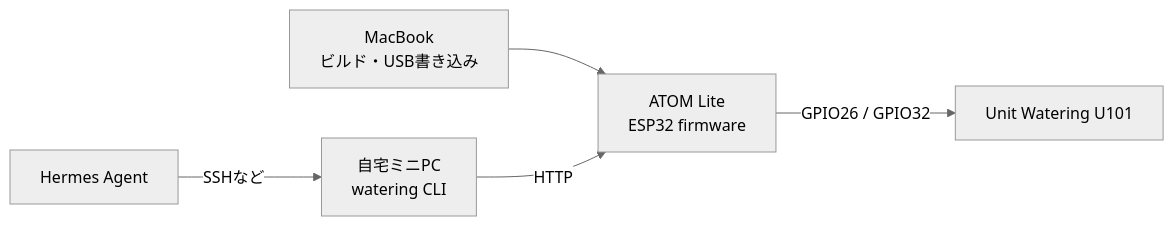
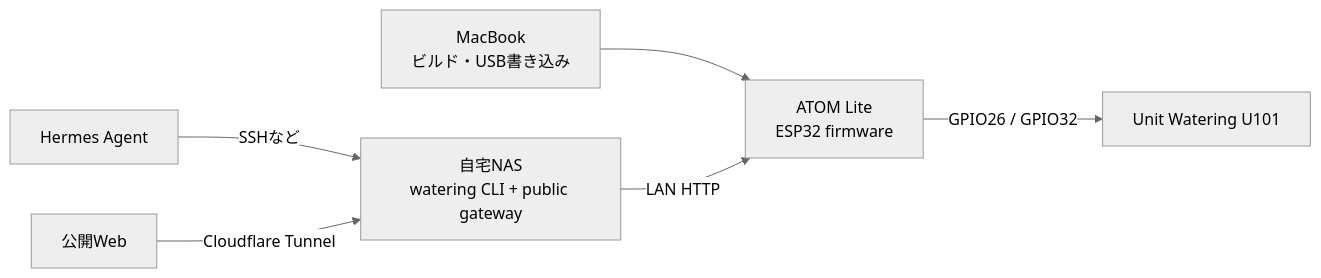
The first of 2 diagrams in docs/development-guide.md (kandotrun/tree), drawn with Mermaid (neutral theme) before and after one commit. The commit also changed other lines of this file and 34 other files, not shown here.

First line of the commit message:
feat: add bounded public gateway and moisture telemetry (#6)

````diff
--- a/docs/development-guide.md
+++ b/docs/development-guide.md
@@ -18,7 +19,8 @@
 ```mermaid
 flowchart LR
     MAC[MacBook<br/>ビルド・USB書き込み] --> ATOM[ATOM Lite<br/>ESP32 firmware]
-    H[Hermes Agent] -->|SSHなど| MINI[自宅ミニPC<br/>watering CLI]
-    MINI -->|HTTP| ATOM
+    H[Hermes Agent] -->|SSHなど| MINI[自宅NAS<br/>watering CLI + public gateway]
+    WEB[公開Web] -->|Cloudflare Tunnel| MINI
+    MINI -->|LAN HTTP| ATOM
     ATOM -->|GPIO26 / GPIO32| U101[Unit Watering U101]
 ```
````
